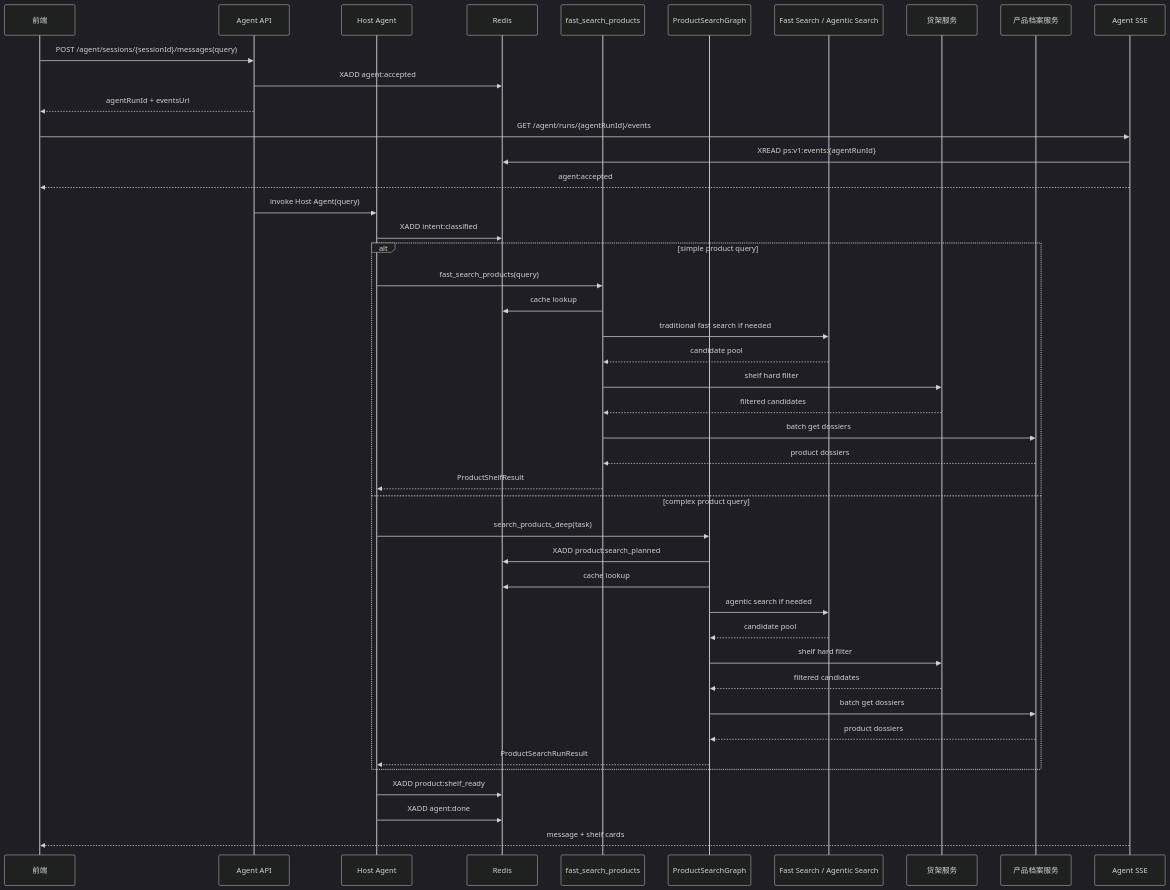
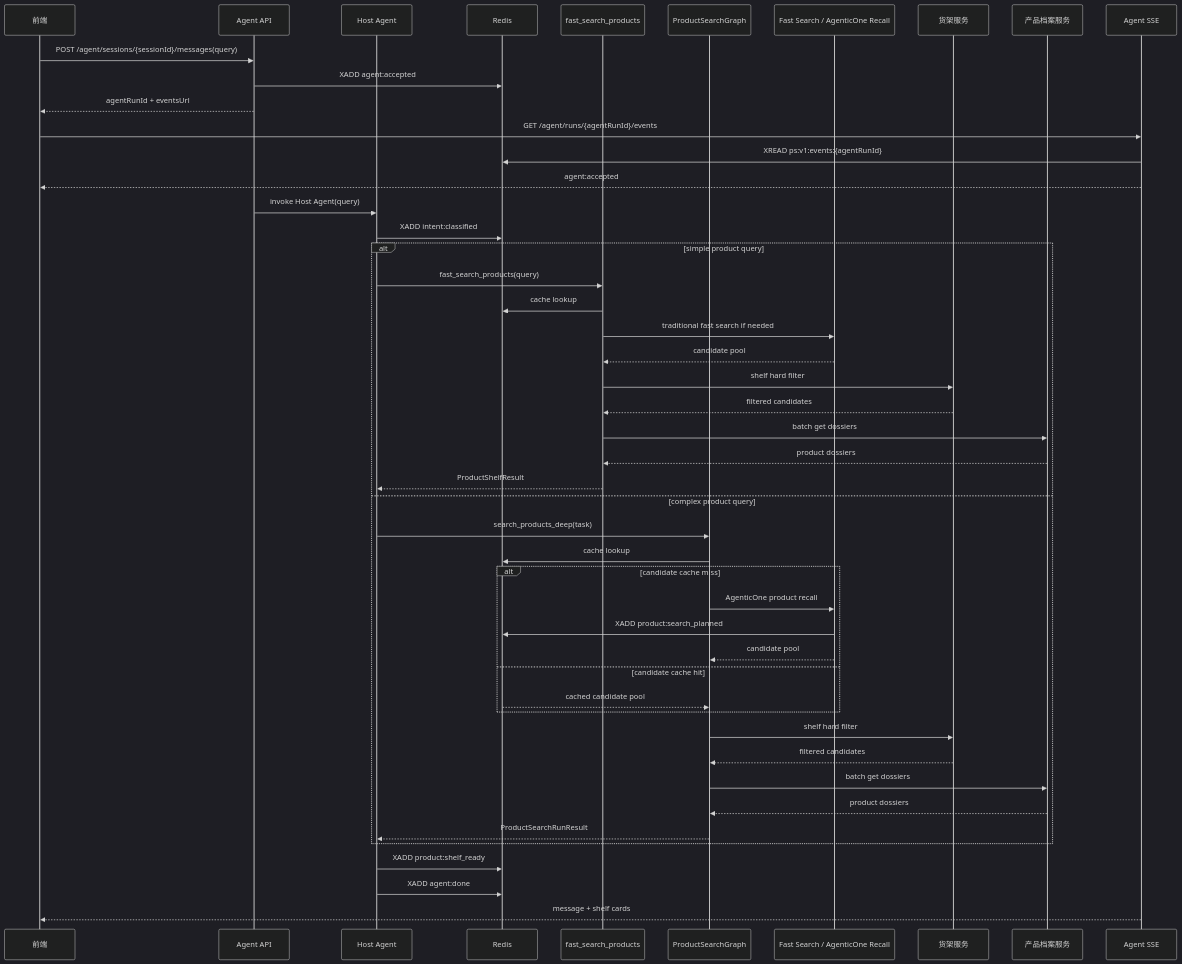
One commit to istarwyh/xiaohui changed the third of 3 diagrams in content/program/llm/保险商品搜索 Agent 工程架构：从自然语言需求到可交互货架.md. Above: the diagram before and after it, drawn with Mermaid (dark theme). The commit also changed other lines of this file, not shown here.

Commit message:
docs: 统一保险搜品与 AgenticOne 召回链路

````diff
--- a/content/program/llm/保险商品搜索 Agent 工程架构：从自然语言需求到可交互货架.md
+++ b/content/program/llm/保险商品搜索 Agent 工程架构：从自然语言需求到可交互货架.md
@@ -797,51 +819,55 @@
 ```mermaid
 sequenceDiagram
     participant FE as 前端
     participant API as Agent API
     participant Host as Host Agent
     participant Redis as Redis
     participant Fast as fast_search_products
     participant Graph as ProductSearchGraph
-    participant Search as Fast Search / Agentic Search
+    participant Search as Fast Search / AgenticOne Recall
     participant Shelf as 货架服务
     participant Dossier as 产品档案服务
     participant SSE as Agent SSE
 
     FE->>API: POST /agent/sessions/{sessionId}/messages(query)
     API->>Redis: XADD agent:accepted
     API-->>FE: agentRunId + eventsUrl
 
     FE->>SSE: GET /agent/runs/{agentRunId}/events
     SSE->>Redis: XREAD ps:v1:events:{agentRunId}
     SSE-->>FE: agent:accepted
 
     API->>Host: invoke Host Agent(query)
     Host->>Redis: XADD intent:classified
 
     alt simple product query
         Host->>Fast: fast_search_products(query)
         Fast->>Redis: cache lookup
         Fast->>Search: traditional fast search if needed
         Search-->>Fast: candidate pool
         Fast->>Shelf: shelf hard filter
         Shelf-->>Fast: filtered candidates
         Fast->>Dossier: batch get dossiers
         Dossier-->>Fast: product dossiers
         Fast-->>Host: ProductShelfResult
     else complex product query
         Host->>Graph: search_products_deep(task)
-        Graph->>Redis: XADD product:search_planned
         Graph->>Redis: cache lookup
-        Graph->>Search: agentic search if needed
-        Search-->>Graph: candidate pool
+        alt candidate cache miss
+            Graph->>Search: AgenticOne product recall
+            Search->>Redis: XADD product:search_planned
+            Search-->>Graph: candidate pool
+        else candidate cache hit
+            Redis-->>Graph: cached candidate pool
+        end
         Graph->>Shelf: shelf hard filter
         Shelf-->>Graph: filtered candidates
         Graph->>Dossier: batch get dossiers
         Dossier-->>Graph: product dossiers
         Graph-->>Host: ProductSearchRunResult
     end
 
     Host->>Redis: XADD product:shelf_ready
     Host->>Redis: XADD agent:done
     SSE-->>FE: message + shelf cards
 ```
````
